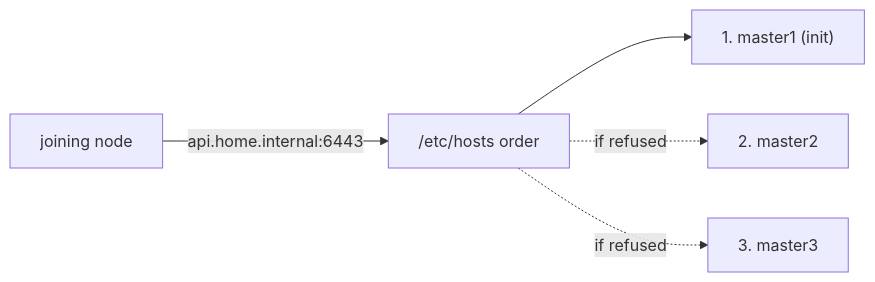
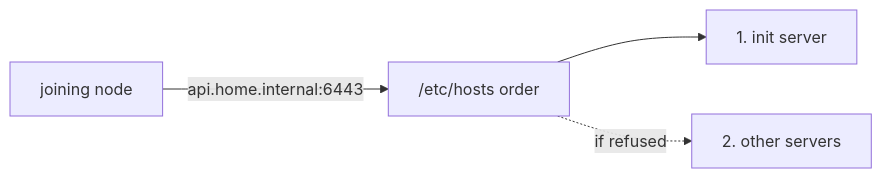
Before and after one commit to xLexih/homelab: the fifth of 8 diagrams in docs/ARCHITECTURE.md, drawn with Mermaid. The commit also changed other lines of this file and 16 other files, not shown here.

````diff
--- a/docs/ARCHITECTURE.md
+++ b/docs/ARCHITECTURE.md
@@ -121,7 +116,6 @@
 ```mermaid
 flowchart LR
   new["joining node"] -->|"api.home.internal:6443"| hosts["/etc/hosts order"]
-  hosts --> s1["1. master1 (init)"]
-  hosts -.->|if refused| s2["2. master2"]
-  hosts -.->|if refused| s3["3. master3"]
+  hosts --> s1["1. init server"]
+  hosts -.->|if refused| s2["2. other servers"]
 ```
````
